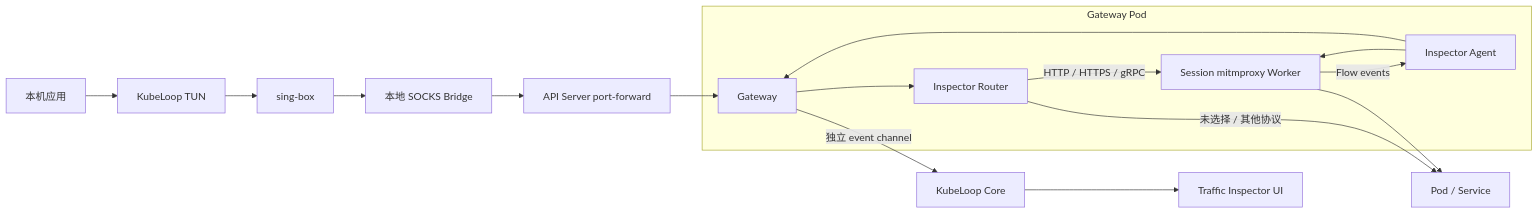
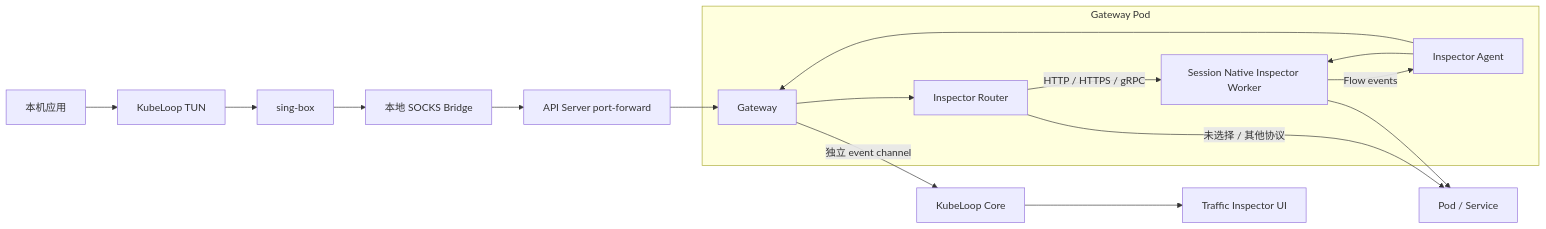
One commit to fengqi-dev/kube-clash changed the diagram in docs/gateway-traffic-inspector-design.zh-CN.md. Above: the diagram before and after it, drawn with Mermaid. The commit also changed other lines of this file and 26 other files, not shown here.

````diff
--- a/docs/gateway-traffic-inspector-design.zh-CN.md
+++ b/docs/gateway-traffic-inspector-design.zh-CN.md
@@ -115,29 +115,29 @@
 ```mermaid
 flowchart LR
     App["本机应用"]
     TUN["KubeLoop TUN"]
     SingBox["sing-box"]
     Bridge["本地 SOCKS Bridge"]
     API["API Server port-forward"]
 
     subgraph GatewayPod["Gateway Pod"]
         Gateway["Gateway"]
         Router["Inspector Router"]
         Agent["Inspector Agent"]
-        Worker["Session mitmproxy Worker"]
+        Worker["Session Native Inspector Worker"]
     end
 
     Target["Pod / Service"]
     Core["KubeLoop Core"]
     UI["Traffic Inspector UI"]
 
     App --> TUN --> SingBox --> Bridge --> API --> Gateway
     Gateway --> Router
     Router -->|"未选择 / 其他协议"| Target
     Router -->|"HTTP / HTTPS / gRPC"| Worker
     Agent --> Worker
     Worker --> Target
     Worker -->|"Flow events"| Agent
     Agent --> Gateway
     Gateway -->|"独立 event channel"| Core --> UI
 ```
````
